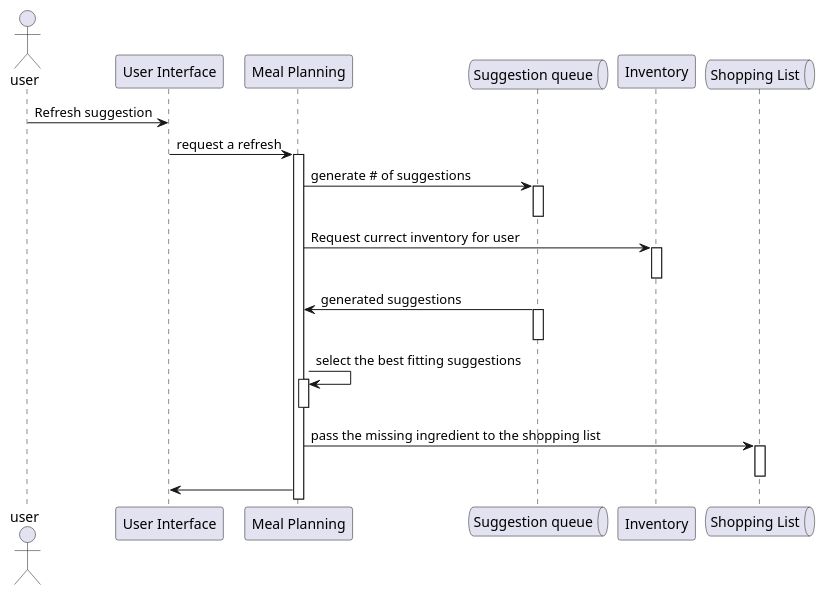
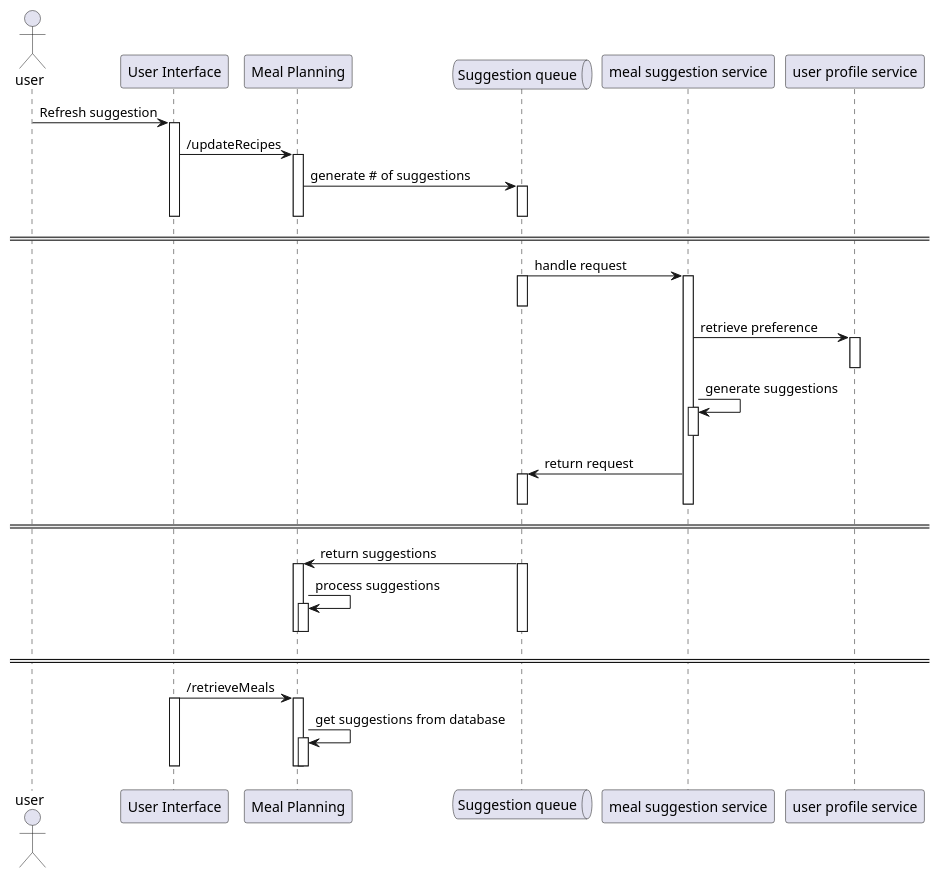
One commit to evanfranciszok/SOA-project changed the second of 2 diagrams in _ProjectFiles/FinalProjectReport.md. Above: the diagram before and after it, drawn with PlantUML. The commit also changed other lines of this file and 2 other files, not shown here.

Commit message:
update sequence diagram

```diff
--- a/_ProjectFiles/FinalProjectReport.md
+++ b/_ProjectFiles/FinalProjectReport.md
@@ -196,27 +196,51 @@
 @startuml "get suggestion"
 actor       user       as user
 participant "User Interface" as ui
 participant "Meal Planning" as mealplan
 queue       "Suggestion queue"       as q1
-participant "Inventory" as inventory
-queue "Shopping List" as q2
+participant "meal suggestion service" as suggest
+participant "user profile service" as profile
+
 user -> ui : Refresh suggestion
-ui -> mealplan : request a refresh
+activate ui
+ui -> mealplan : /updateRecipes
 activate mealplan
 mealplan -> q1 : generate # of suggestions
 activate q1
 deactivate q1
-mealplan -> inventory : Request currect inventory for user
-activate inventory
-deactivate inventory
-q1 -> mealplan : generated suggestions
+deactivate mealplan
+deactivate ui
+== ==
+q1 -> suggest : handle request
 activate q1
+activate suggest
 deactivate q1
-mealplan -> mealplan : select the best fitting suggestions
+suggest -> profile : retrieve preference
+activate profile
+deactivate profile
+suggest -> suggest : generate suggestions
+activate suggest
+deactivate suggest
+suggest -> q1 : return request
+activate q1
+deactivate suggest
+deactivate q1
+== ==
+q1 -> mealplan : return suggestions
+activate q1
+activate mealplan
+mealplan -> mealplan : process suggestions
 activate mealplan
 deactivate mealplan
-mealplan -> q2 : pass the missing ingredient to the shopping list
-activate q2
-deactivate q2
-mealplan -> ui
+deactivate mealplan
+deactivate q1
+== ==
+ui -> mealplan : /retrieveMeals
+activate ui
+activate mealplan
+mealplan -> mealplan : get suggestions from database
+activate mealplan
+deactivate mealplan
+deactivate mealplan
+deactivate ui
 @enduml
```
